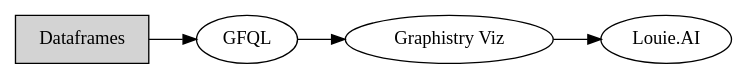
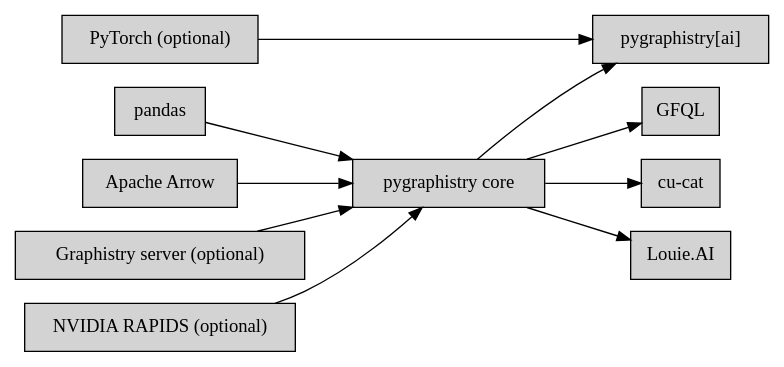
The diagram in docs/source/ecosystem.rst (graphistry/pygraphistry), drawn with Graphviz before and after one commit.

Commit message:
docs: update ecosystem diagram

```diff
--- a/docs/source/ecosystem.rst
+++ b/docs/source/ecosystem.rst
@@ -6,10 +6,31 @@
 .. graphviz::
 
    digraph graphistry_ecosystem_toy {
        rankdir=LR;
-       data [label="Dataframes", shape=box, style=filled, fillcolor=lightgray];
+       node [shape=box, style=filled, fillcolor=lightgray];
+
+       core [label="pygraphistry core"];
        gfql [label="GFQL"];
-       viz [label="Graphistry Viz"];
-       ai [label="Louie.AI"];
-       data -> gfql -> viz -> ai;
+       ai [label="pygraphistry[ai]"];
+       cucat [label="cu-cat"];
+       louie [label="Louie.AI"];
+
+       pandas [label="pandas"];
+       arrow [label="Apache Arrow"];
+       server [label="Graphistry server (optional)"];
+       rapids [label="NVIDIA RAPIDS (optional)"];
+       pytorch [label="PyTorch (optional)"];
+
+       {rank=same; pandas; arrow; server; rapids; pytorch;}
+
+       pandas -> core;
+       arrow -> core;
+       rapids -> core;
+       pytorch -> ai;
+       server -> core;
+
+       core -> gfql;
+       core -> ai;
+       core -> cucat;
+       core -> louie;
    }
```
